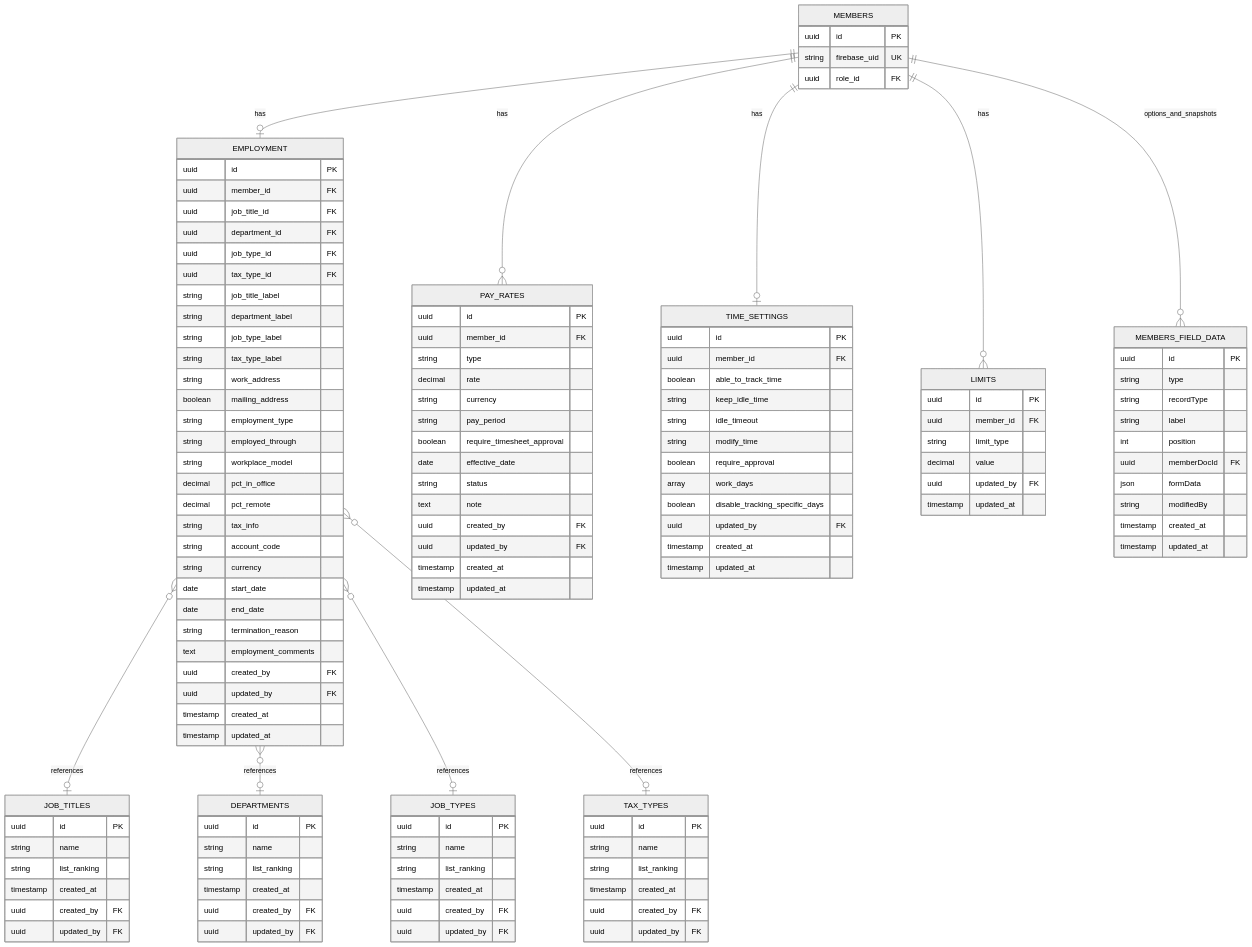
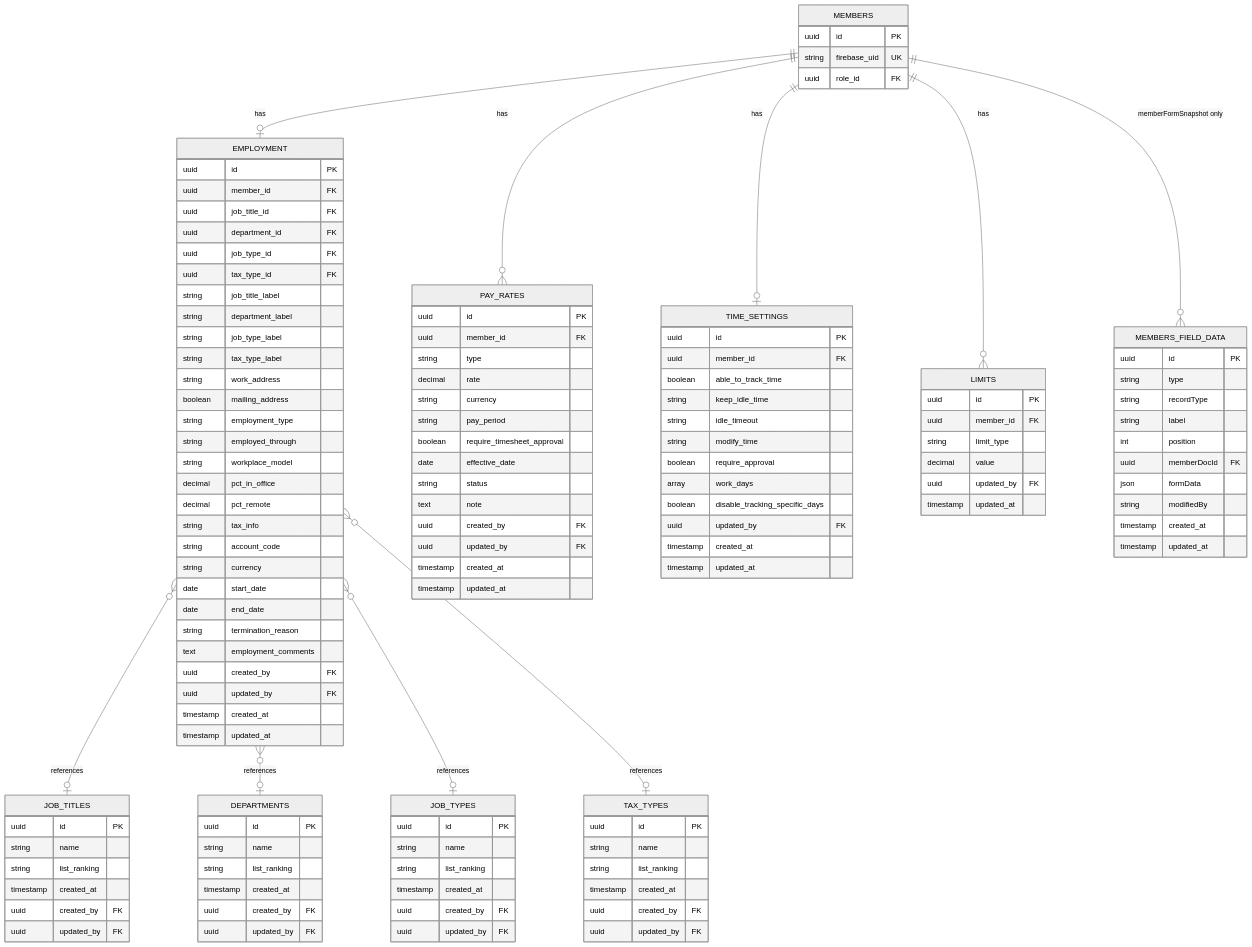
One commit to Mohammed-HeshamMohammed/Virtual-Tracker changed the fourth of 10 diagrams in Dashboard-Backend/entity-diagram.md. Above: the diagram before and after it, drawn with Mermaid (neutral theme). The commit also changed other lines of this file, not shown here.

First line of the commit message:
docs(dashboard-backend): update entity-diagram for Postgres lookups and current routes

````diff
--- a/Dashboard-Backend/entity-diagram.md
+++ b/Dashboard-Backend/entity-diagram.md
@@ -459,5 +485,5 @@
   MEMBERS ||--o{ PAY_RATES : has
   MEMBERS ||--o| TIME_SETTINGS : has
   MEMBERS ||--o{ LIMITS : has
-  MEMBERS ||--o{ MEMBERS_FIELD_DATA : options_and_snapshots
+  MEMBERS ||--o{ MEMBERS_FIELD_DATA : "memberFormSnapshot only"
 ```
````
